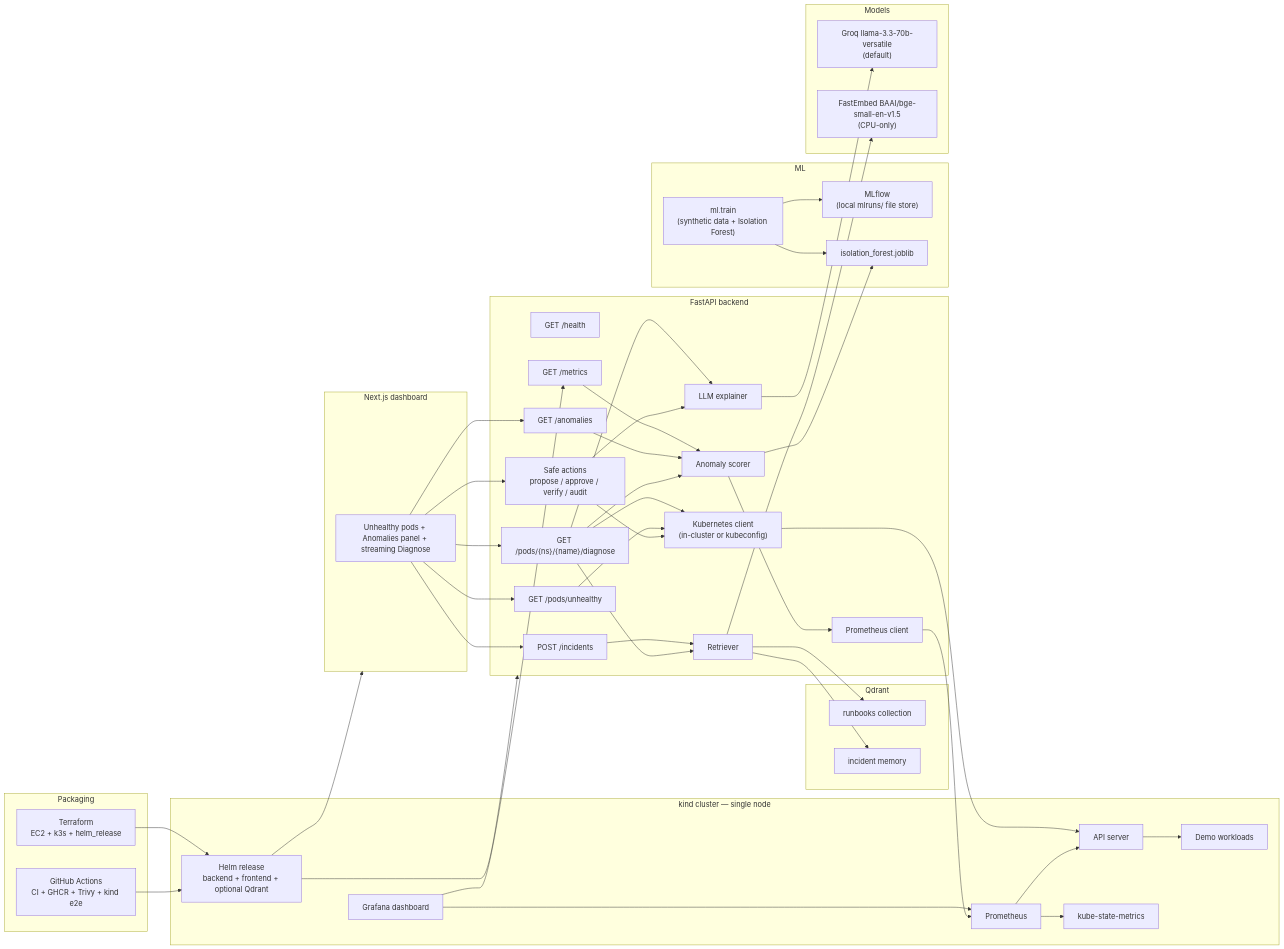
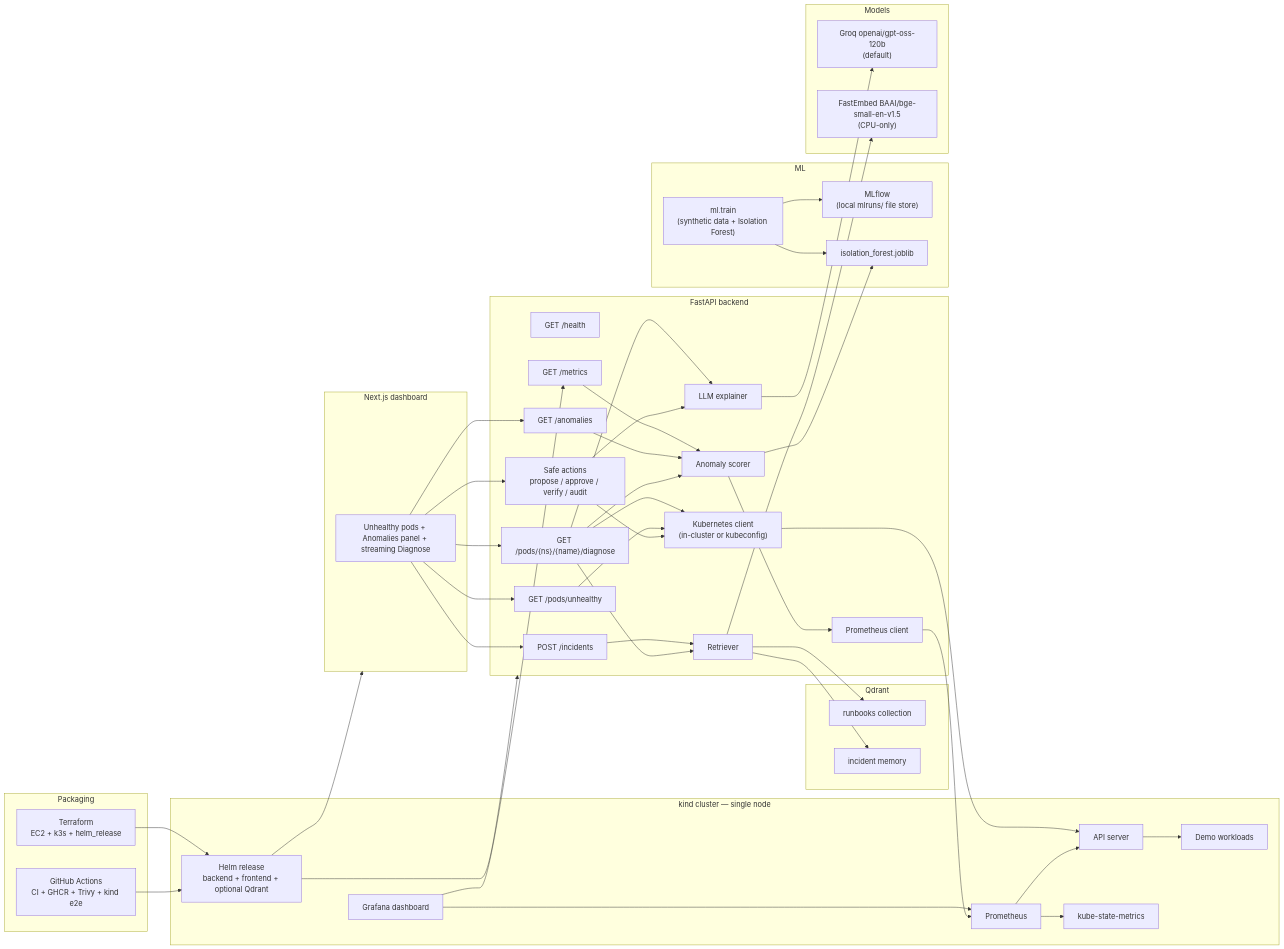
The diagram in README.md (Kayd-06/kube-copilot), drawn with Mermaid before and after one commit. The commit also changed other lines of this file and 7 other files, not shown here.

First line of the commit message:
llm: default Groq model is now openai/gpt-oss-120b

```diff
--- a/README.md
+++ b/README.md
@@ -65,7 +65,7 @@
   end
 
   subgraph Models["Models"]
-    Groq["Groq llama-3.3-70b-versatile<br/>(default)"]
+    Groq["Groq openai/gpt-oss-120b<br/>(default)"]
     Embed["FastEmbed BAAI/bge-small-en-v1.5<br/>(CPU-only)"]
   end
 
```
